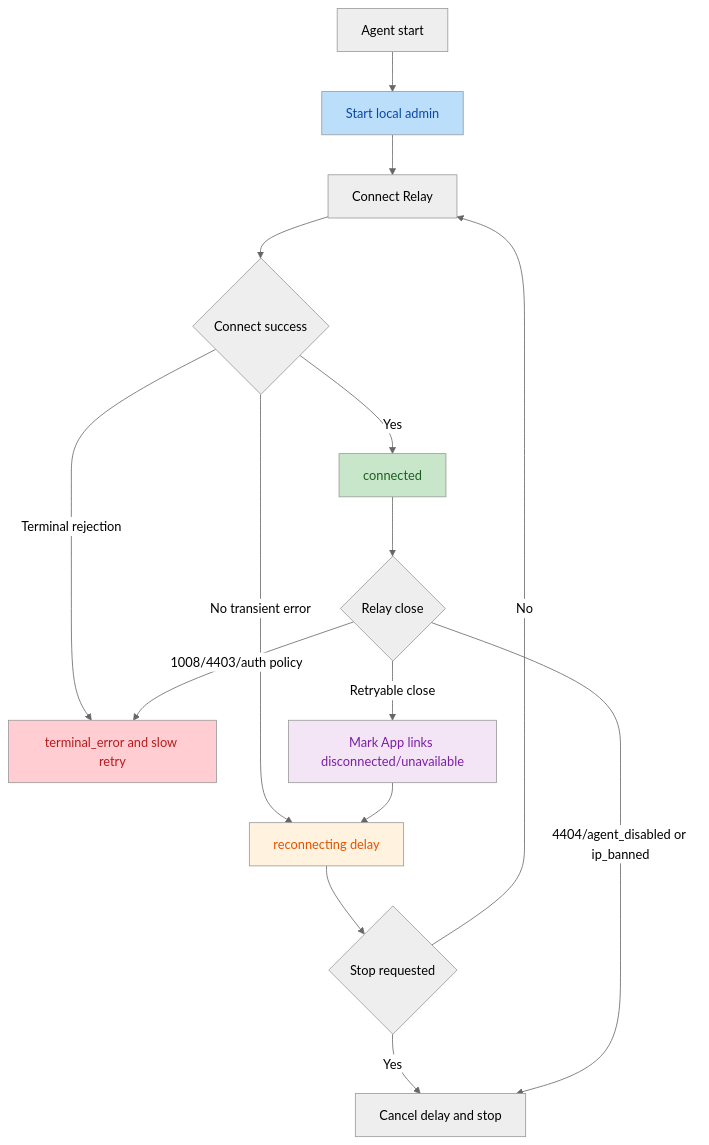
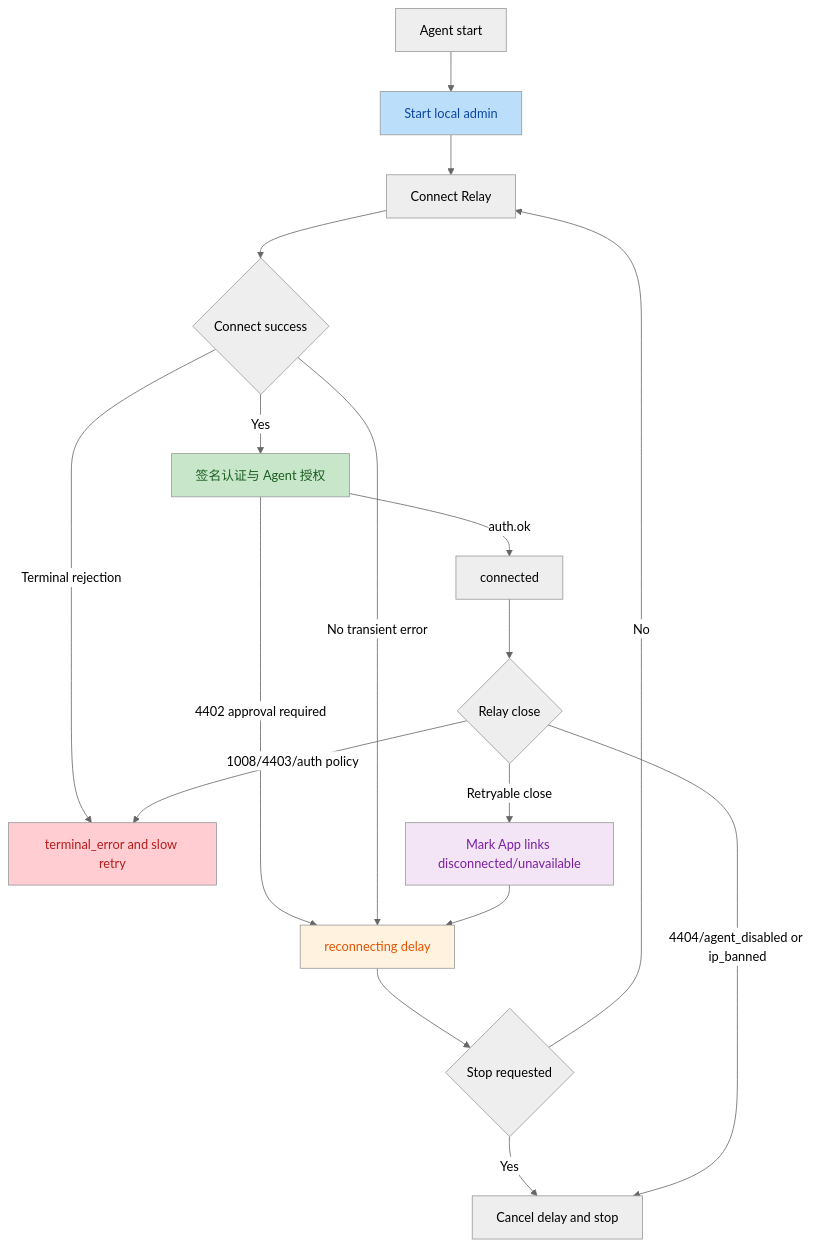
Before and after one commit to zhangbozhb/OmniWork: the first of 2 diagrams in docs/app-installation.md, drawn with Mermaid (neutral theme). The commit also changed other lines of this file and 198 other files, not shown here.

````diff
--- a/docs/app-installation.md
+++ b/docs/app-installation.md
@@ -323,23 +423,25 @@
 ```mermaid
 flowchart TD
     A[Agent start] --> B[Start local admin]
     B --> C[Connect Relay]
     C --> D{Connect success}
-    D -->|Yes| E[connected]
+    D -->|Yes| E[签名认证与 Agent 授权]
+    E -->|auth.ok| L[connected]
+    E -->|4402 approval required| F
     D -->|No transient error| F[reconnecting delay]
     D -->|Terminal rejection| G[terminal_error and slow retry]
     F --> H{Stop requested}
     H -->|Yes| I[Cancel delay and stop]
     H -->|No| C
-    E --> J{Relay close}
+    L --> J{Relay close}
     J -->|Retryable close| K[Mark App links disconnected/unavailable]
     K --> F
     J -->|1008/4403/auth policy| G
     J -->|4404/agent_disabled or ip_banned| I
 
     style B fill:#bbdefb,color:#0d47a1
     style E fill:#c8e6c9,color:#1a5e20
     style F fill:#fff3e0,color:#e65100
     style G fill:#ffcdd2,color:#b71c1c
     style K fill:#f3e5f5,color:#7b1fa2
 ```
````
